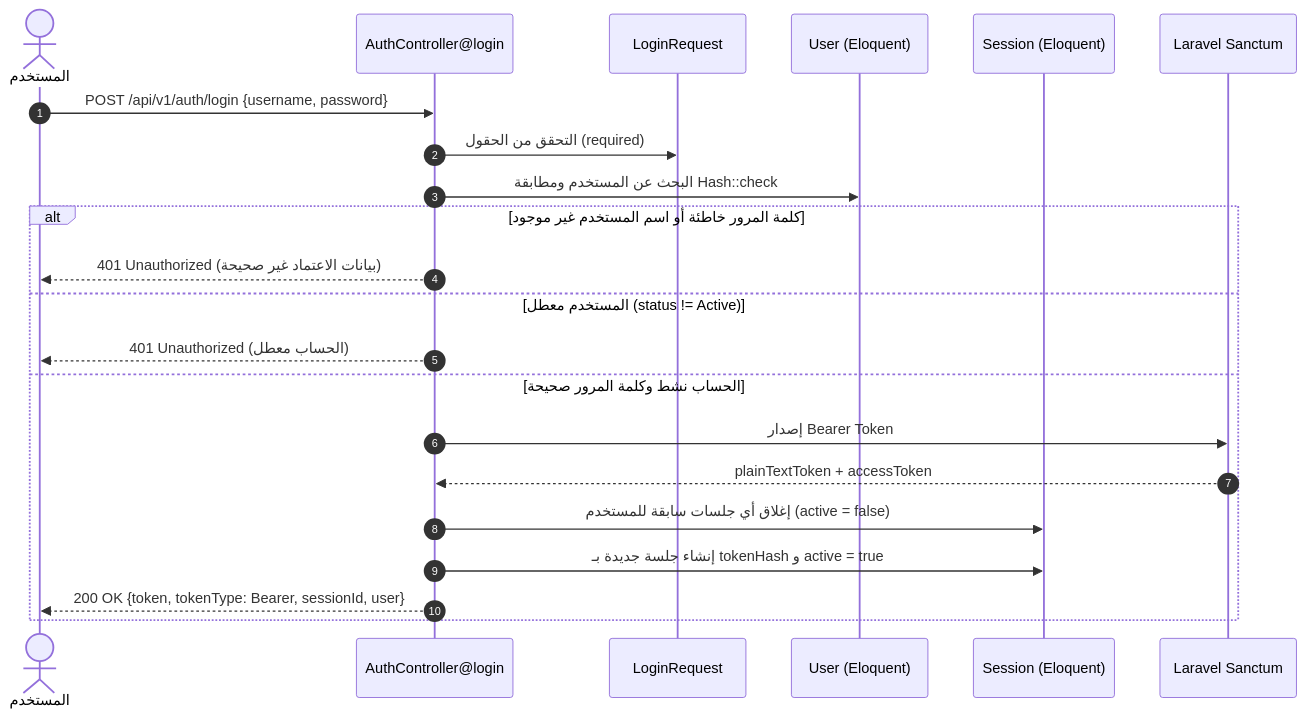
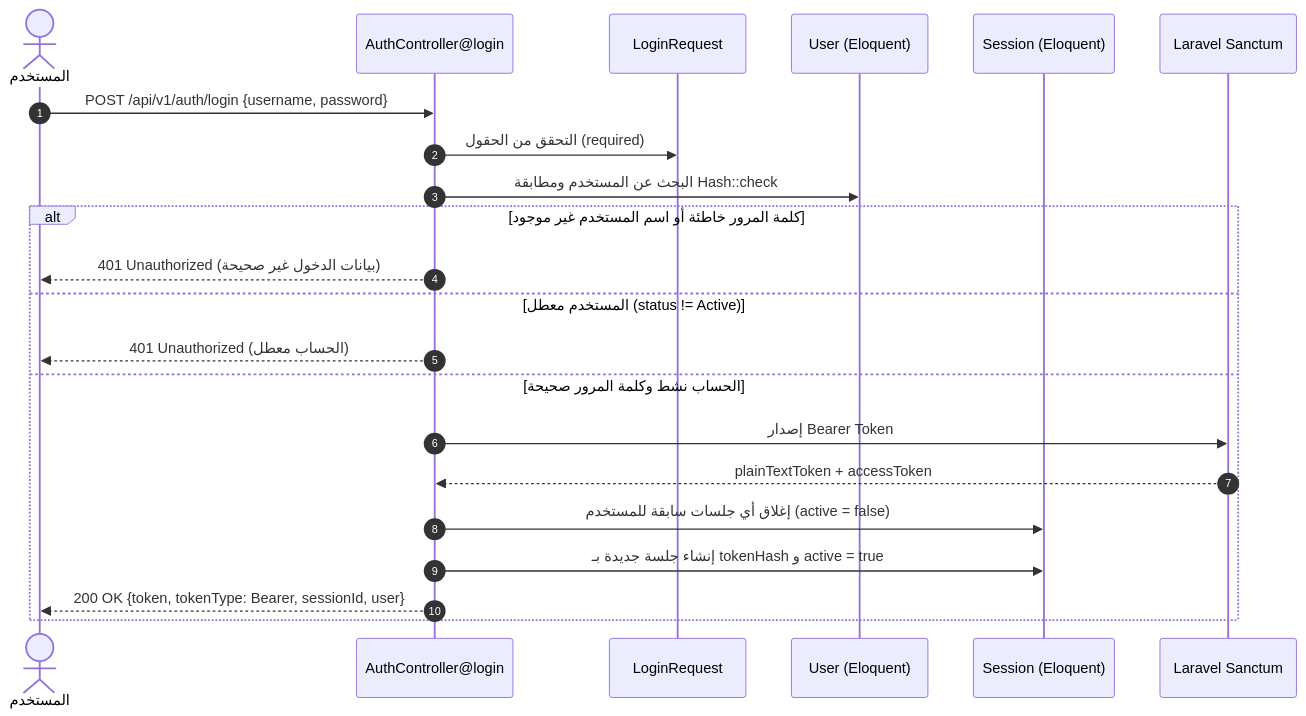
The first of 12 diagrams in docs/slices/slice1_auth_admin.md (codewizardmx0-lgtm/school-quality-system), drawn with Mermaid before and after one commit. The commit also changed other lines of this file and 3 other files, not shown here.

````diff
--- a/docs/slices/slice1_auth_admin.md
+++ b/docs/slices/slice1_auth_admin.md
@@ -111,25 +111,25 @@
 ```mermaid
 sequenceDiagram
   autonumber
   actor User as المستخدم
   participant AuthCtrl as AuthController@login
   participant Req as LoginRequest
   participant UserMdl as User (Eloquent)
   participant SessMdl as Session (Eloquent)
   participant Sanctum as Laravel Sanctum
 
   User->>AuthCtrl: POST /api/v1/auth/login {username, password}
   AuthCtrl->>Req: التحقق من الحقول (required)
   AuthCtrl->>UserMdl: البحث عن المستخدم ومطابقة Hash::check
   alt كلمة المرور خاطئة أو اسم المستخدم غير موجود
-    AuthCtrl-->>User: 401 Unauthorized (بيانات الاعتماد غير صحيحة)
+    AuthCtrl-->>User: 401 Unauthorized (بيانات الدخول غير صحيحة)
   else المستخدم معطل (status != Active)
     AuthCtrl-->>User: 401 Unauthorized (الحساب معطل)
   else الحساب نشط وكلمة المرور صحيحة
     AuthCtrl->>Sanctum: إصدار Bearer Token
     Sanctum-->>AuthCtrl: plainTextToken + accessToken
     AuthCtrl->>SessMdl: إغلاق أي جلسات سابقة للمستخدم (active = false)
     AuthCtrl->>SessMdl: إنشاء جلسة جديدة بـ tokenHash و active = true
     AuthCtrl-->>User: 200 OK {token, tokenType: Bearer, sessionId, user}
   end
 ```
````
